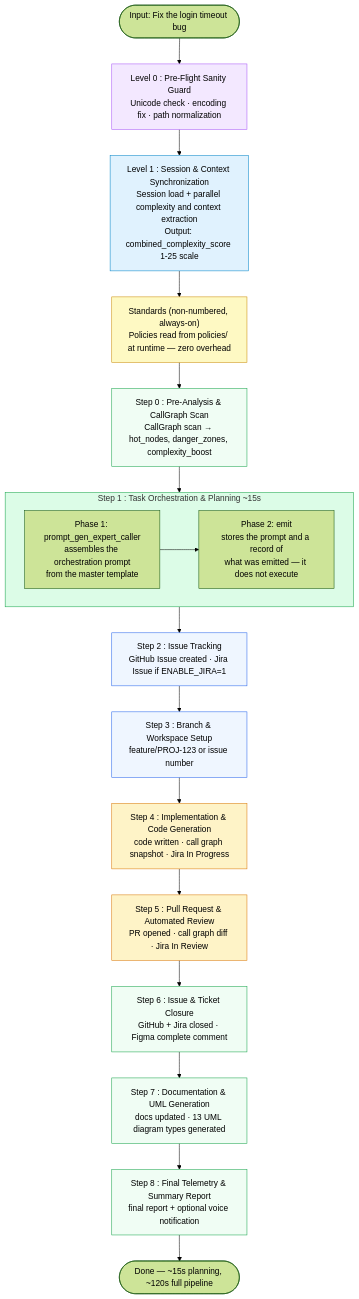
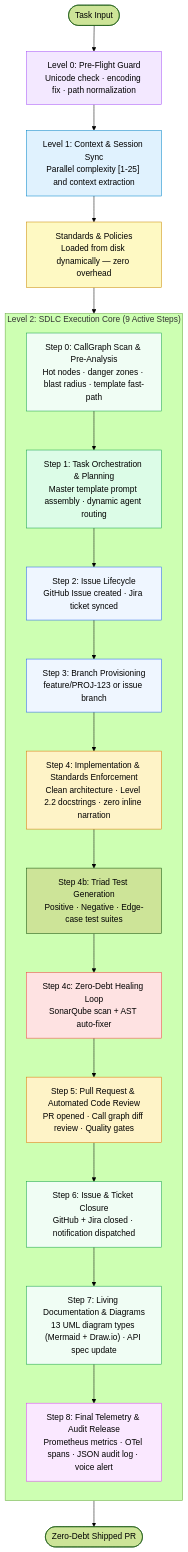
Before and after one commit to techdeveloper-org/ai-native-sdlc-engine: the second of 2 diagrams in README.md, drawn with Mermaid (forest theme). The commit also changed other lines of this file and 1 other file, not shown here.

Commit message:
docs: reframe README as Universal AI-Native Zero-Debt SDLC Framework (#332)

````diff
--- a/README.md
+++ b/README.md
@@ -134,41 +90,43 @@
 ```mermaid
 flowchart TD
-    IN(["Input: Fix the login timeout bug"])
+    IN(["Task Input"])
 
-    LM1["Level 0 : Pre-Flight Sanity Guard\nUnicode check · encoding fix · path normalization"]
-    L1["Level 1 : Session & Context Synchronization\nSession load + parallel complexity and context extraction\nOutput: combined_complexity_score 1-25 scale"]
-    L2["Standards (non-numbered, always-on)\nPolicies read from policies/ at runtime — zero overhead"]
-    P0["Step 0 : Pre-Analysis & CallGraph Scan\nCallGraph scan → hot_nodes, danger_zones, complexity_boost"]
-
-    subgraph S0["Step 1 : Task Orchestration & Planning ~15s"]
-        direction LR
-        C1["Phase 1: prompt_gen_expert_caller\nassembles the orchestration prompt\nfrom the master template"]
-        C2["Phase 2: emit\nstores the prompt and a record of\nwhat was emitted — it does not execute"]
-        C1 --> C2
+    L0["Level 0: Pre-Flight Guard\nUnicode check · encoding fix · path normalization"]
+    L1["Level 1: Context & Session Sync\nParallel complexity [1-25] and context extraction"]
+    ST["Standards & Policies\nLoaded from disk dynamically — zero overhead"]
+    
+    subgraph L2["Level 2: SDLC Execution Core (9 Active Steps)"]
+        direction TB
+        S0["Step 0: CallGraph Scan & Pre-Analysis\nHot nodes · danger zones · blast radius · template fast-path"]
+        S1["Step 1: Task Orchestration & Planning\nMaster template prompt assembly · dynamic agent routing"]
+        S2["Step 2: Issue Lifecycle\nGitHub Issue created · Jira ticket synced"]
+        S3["Step 3: Branch Provisioning\nfeature/PROJ-123 or issue branch"]
+        S4["Step 4: Implementation & Standards Enforcement\nClean architecture · Level 2.2 docstrings · zero inline narration"]
+        S4_TEST["Step 4b: Triad Test Generation\nPositive · Negative · Edge-case test suites"]
+        S4_DEBT["Step 4c: Zero-Debt Healing Loop\nSonarQube scan + AST auto-fixer"]
+        S5["Step 5: Pull Request & Automated Code Review\nPR opened · Call graph diff review · Quality gates"]
+        S6["Step 6: Issue & Ticket Closure\nGitHub + Jira closed · notification dispatched"]
+        S7["Step 7: Living Documentation & Diagrams\n13 UML diagram types (Mermaid + Draw.io) · API spec update"]
+        S8["Step 8: Final Telemetry & Audit Release\nPrometheus metrics · OTel spans · JSON audit log · voice alert"]
+        
+        S0 --> S1 --> S2 --> S3 --> S4 --> S4_TEST --> S4_DEBT --> S5 --> S6 --> S7 --> S8
     end
 
-    S8["Step 2 : Issue Tracking\nGitHub Issue created · Jira Issue if ENABLE_JIRA=1"]
-    S9["Step 3 : Branch & Workspace Setup\nfeature/PROJ-123 or issue number"]
-    S10["Step 4 : Implementation & Code Generation\ncode written · call graph snapshot · Jira In Progress"]
-    S11["Step 5 : Pull Request & Automated Review\nPR opened · call graph diff · Jira In Review"]
-    S12["Step 6 : Issue & Ticket Closure\nGitHub + Jira closed · Figma complete comment"]
-    S13["Step 7 : Documentation & UML Generation\ndocs updated · 13 UML diagram types generated"]
-    S14["Step 8 : Final Telemetry & Summary Report\nfinal report + optional voice notification"]
+    OUT(["Zero-Debt Shipped PR"])
 
-    OUT(["Done — ~15s planning, ~120s full pipeline"])
+    IN --> L0 --> L1 --> ST --> L2 --> OUT
 
-    IN --> LM1 --> L1 --> L2 --> P0 --> S0 --> S8 --> S9 --> S10 --> S11 --> S12 --> S13 --> S14 --> OUT
-
-    style LM1 fill:#f3e8ff,stroke:#a855f7
-    style L1  fill:#e0f2fe,stroke:#0284c7
-    style L2  fill:#fef9c3,stroke:#ca8a04
-    style P0  fill:#f0fdf4,stroke:#16a34a
-    style S0  fill:#dcfce7,stroke:#16a34a
-    style S8  fill:#eff6ff,stroke:#2563eb
-    style S9  fill:#eff6ff,stroke:#2563eb
-    style S10 fill:#fef3c7,stroke:#d97706
-    style S11 fill:#fef3c7,stroke:#d97706
-    style S12 fill:#f0fdf4,stroke:#16a34a
-    style S13 fill:#f0fdf4,stroke:#16a34a
-    style S14 fill:#f0fdf4,stroke:#16a34a
+    style L0 fill:#f3e8ff,stroke:#a855f7
+    style L1 fill:#e0f2fe,stroke:#0284c7
+    style ST fill:#fef9c3,stroke:#ca8a04
+    style S0 fill:#f0fdf4,stroke:#16a34a
+    style S1 fill:#dcfce7,stroke:#16a34a
+    style S2 fill:#eff6ff,stroke:#2563eb
+    style S3 fill:#eff6ff,stroke:#2563eb
+    style S4 fill:#fef3c7,stroke:#d97706
+    style S4_DEBT fill:#fee2e2,stroke:#ef4444
+    style S5 fill:#fef3c7,stroke:#d97706
+    style S6 fill:#f0fdf4,stroke:#16a34a
+    style S7 fill:#f0fdf4,stroke:#16a34a
+    style S8 fill:#fae8ff,stroke:#d946ef
 ```
````
